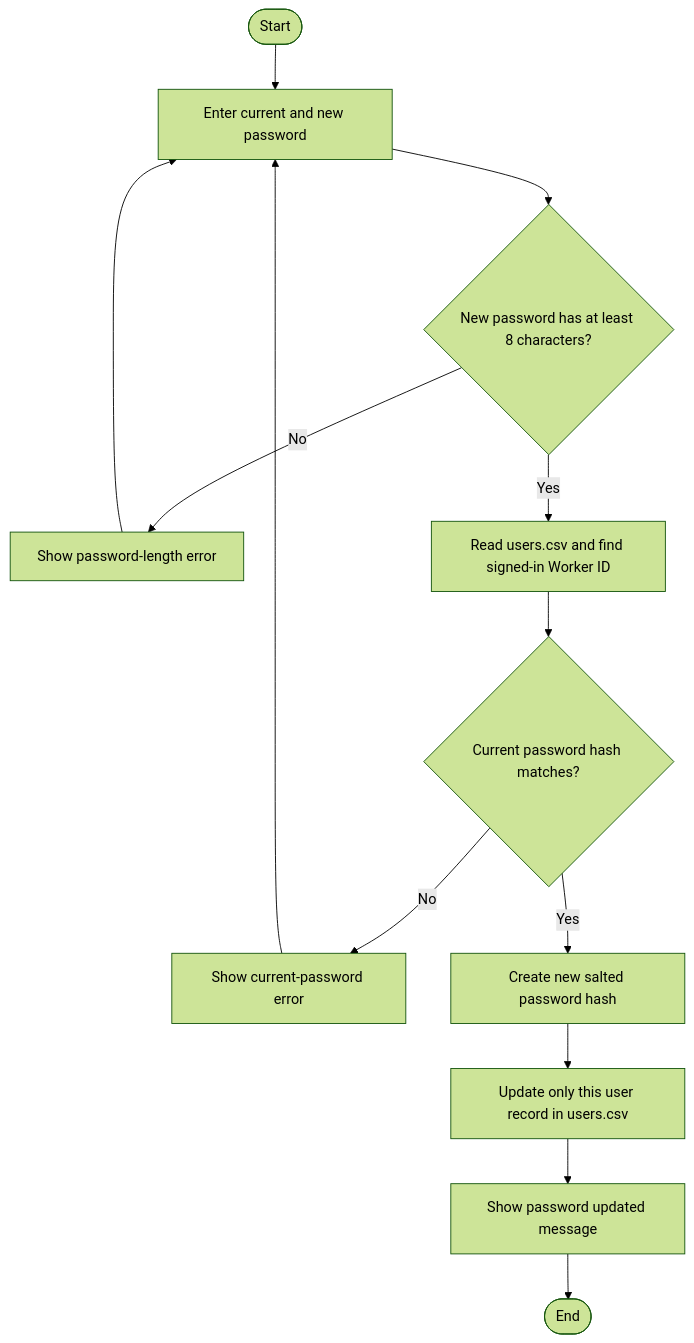
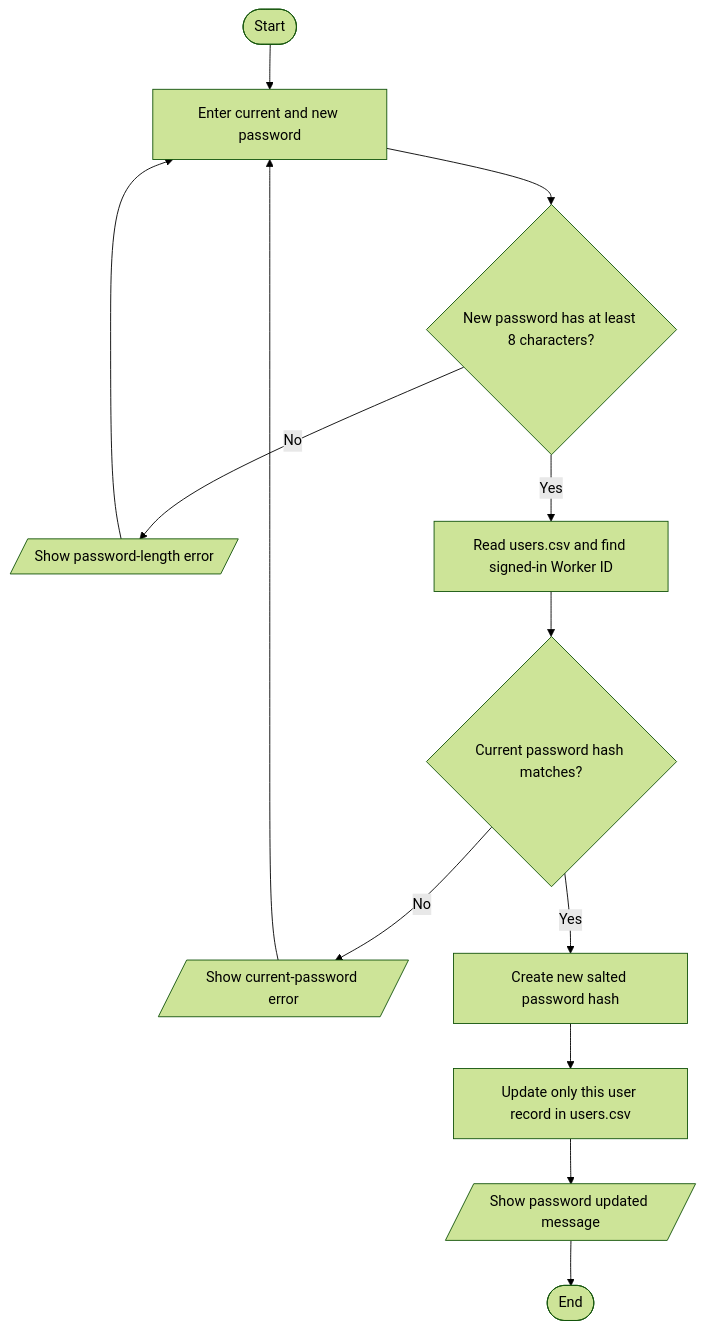
The fourth of 12 diagrams in Algorithms, Flowcharts and Pseudocode/flowcharts/FLOWCHARTS.md (2942996/KHWEZI-MINING-APP), drawn with Mermaid (forest theme) before and after one commit. The commit also changed other lines of this file, not shown here.

First line of the commit message:
Refactor flowchart error messages for clarity

````diff
--- a/Algorithms, Flowcharts and Pseudocode/flowcharts/FLOWCHARTS.md
+++ b/Algorithms, Flowcharts and Pseudocode/flowcharts/FLOWCHARTS.md
@@ -58,15 +58,15 @@
 ```mermaid
 flowchart TD
     A([Start]) --> B[Enter current and new password]
     B --> C{New password has at least 8 characters?}
-    C -- No --> D[Show password-length error]
+    C -- No --> D[/Show password-length error/]
     D --> B
     C -- Yes --> E[Read users.csv and find signed-in Worker ID]
     E --> F{Current password hash matches?}
-    F -- No --> G[Show current-password error]
+    F -- No --> G[/Show current-password error/]
     G --> B
     F -- Yes --> H[Create new salted password hash]
     H --> I[Update only this user record in users.csv]
-    I --> J[Show password updated message]
+    I --> J[/Show password updated message/]
     J --> K([End])
 ```
````
